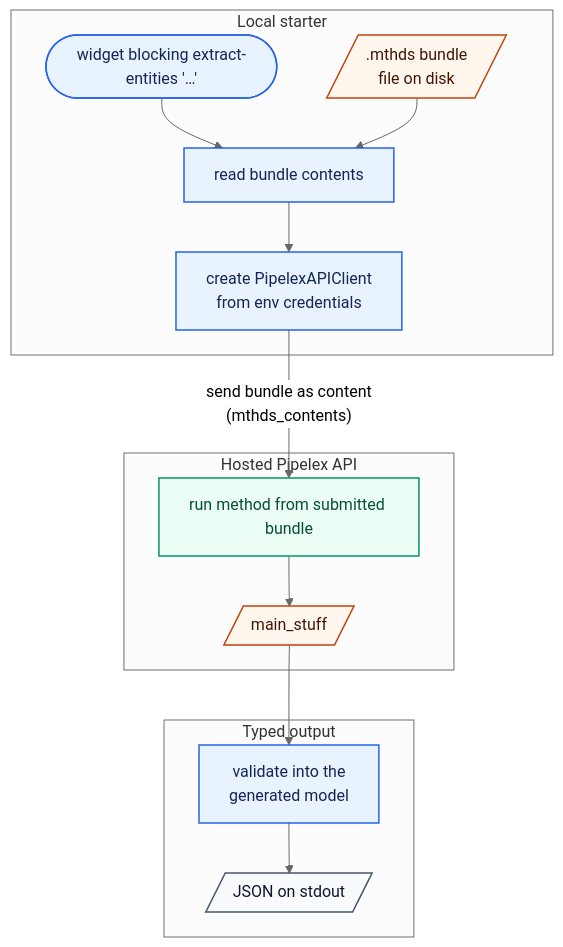
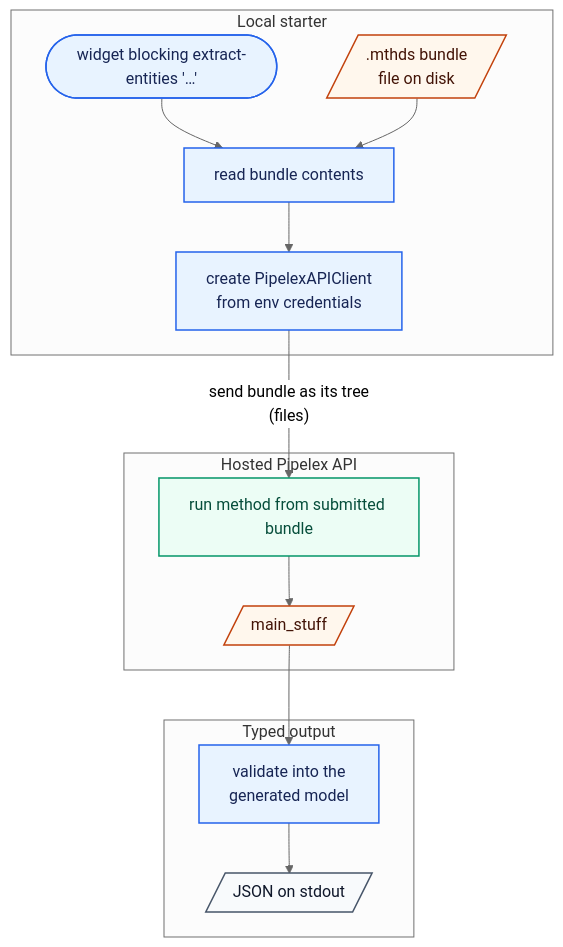
Before and after one commit to Pipelex/pipelex-sdk: the first of 5 diagrams in starter-python/README.md, drawn with Mermaid (neutral theme). The commit also changed other lines of this file and 38 other files, not shown here.

````diff
--- a/starter-python/README.md
+++ b/starter-python/README.md
@@ -126,32 +126,32 @@
 ```mermaid
 flowchart TD
     subgraph Local["Local starter"]
         CLI(["widget blocking extract-entities '…'"]):::operation
         Bundle[/" .mthds bundle<br/>file on disk "/]:::data
         Read["read bundle contents"]:::operation
         Client["create PipelexAPIClient<br/>from env credentials"]:::operation
     end
 
     subgraph Hosted["Hosted Pipelex API"]
         Run["run method from submitted bundle"]:::service
         MainStuff[/" main_stuff "/]:::data
     end
 
     subgraph Output["Typed output"]
         Parse["validate into the<br/>generated model"]:::operation
         JSON[/" JSON on stdout "/]:::terminal
     end
 
     CLI --> Read
     Bundle --> Read
     Read --> Client
-    Client -->|"send bundle as content<br/>(mthds_contents)"| Run
+    Client -->|"send bundle as its tree<br/>(files)"| Run
     Run --> MainStuff
     MainStuff --> Parse
     Parse --> JSON
 
     classDef operation fill:#e8f3ff,stroke:#2563eb,stroke-width:1.5px,color:#172554
     classDef data fill:#fff7ed,stroke:#c2410c,stroke-width:1.5px,color:#431407
     classDef service fill:#ecfdf5,stroke:#059669,stroke-width:1.5px,color:#064e3b
     classDef terminal fill:#f8fafc,stroke:#475569,stroke-width:1.5px,color:#0f172a
 ```
````
